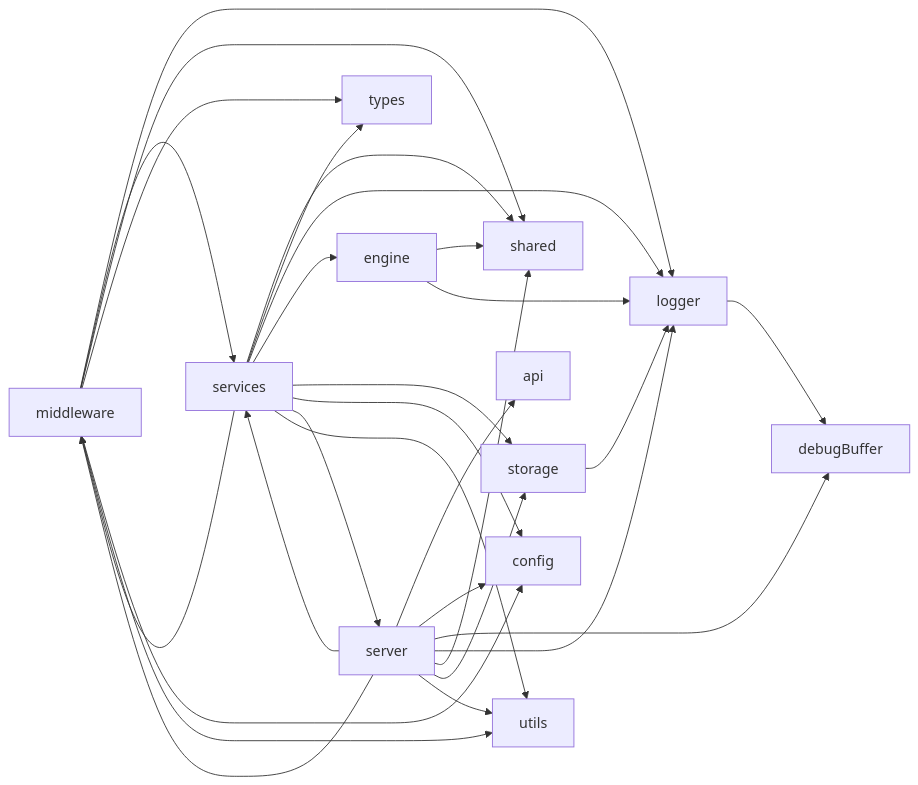
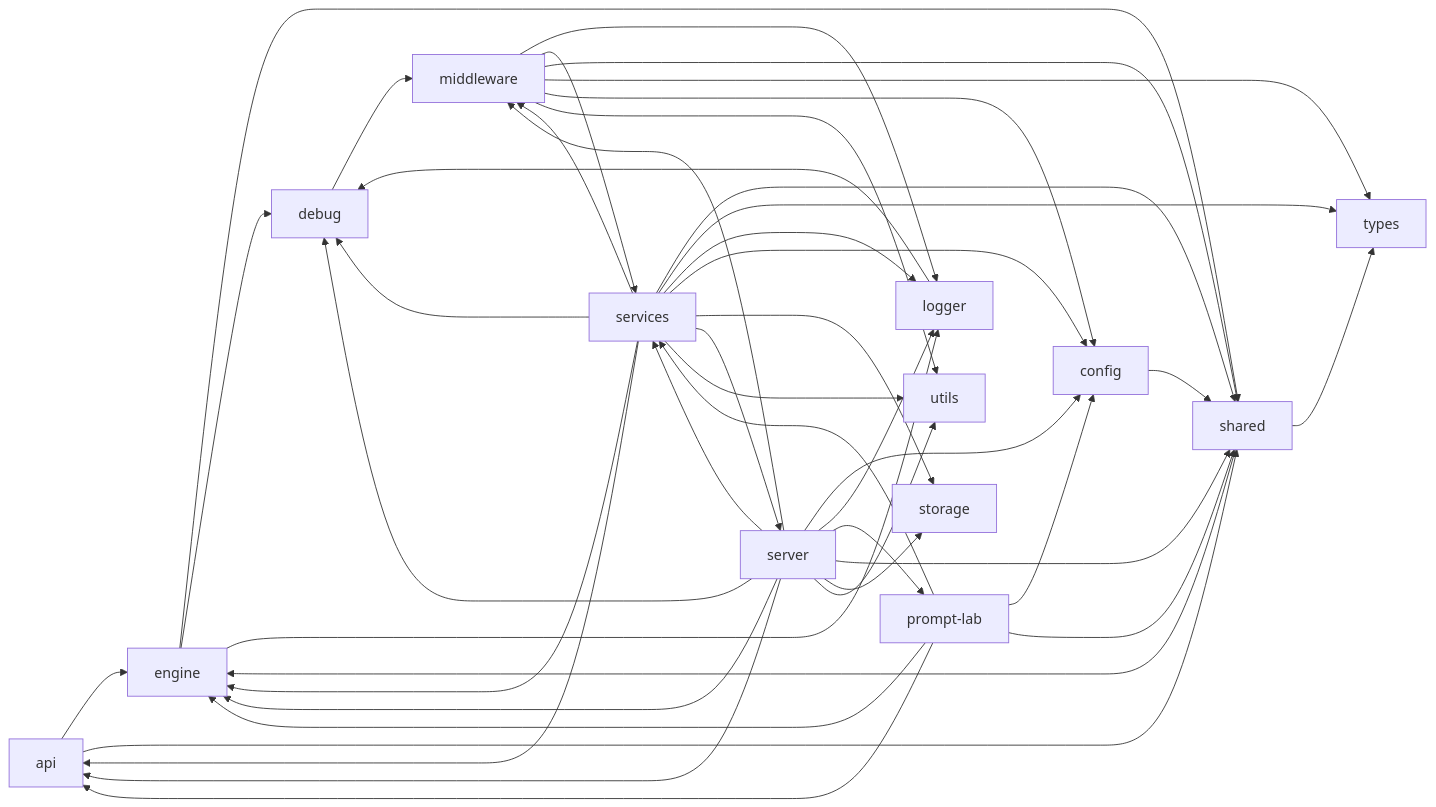
One commit to arcanewords-app/arcane-reader changed the second of 2 diagrams in docs/01-reference/dependency-graphs/client-deps.md. Above: the diagram before and after it, drawn with Mermaid. The commit also changed other lines of this file and 31 other files, not shown here.

````diff
--- a/docs/01-reference/dependency-graphs/client-deps.md
+++ b/docs/01-reference/dependency-graphs/client-deps.md
@@ -86,43 +101,59 @@
 ```mermaid
 flowchart LR
+  src_api["api"]
   src_engine["engine"]
+  src_api --> src_engine
   src_shared["shared"]
+  src_api --> src_shared
+  src_config["config"]
+  src_config --> src_shared
+  src_debug["debug"]
+  src_middleware["middleware"]
+  src_debug --> src_middleware
   src_engine --> src_shared
+  src_engine --> src_debug
   src_logger["logger"]
   src_engine --> src_logger
-  src_debugBuffer["debugBuffer"]
-  src_logger --> src_debugBuffer
-  src_middleware["middleware"]
+  src_logger --> src_debug
   src_middleware --> src_logger
   src_services["services"]
   src_middleware --> src_services
   src_middleware --> src_shared
   src_types["types"]
   src_middleware --> src_types
-  src_config["config"]
   src_middleware --> src_config
   src_utils["utils"]
   src_middleware --> src_utils
+  src_prompt_lab["prompt-lab"]
+  src_prompt_lab --> src_services
+  src_prompt_lab --> src_config
+  src_prompt_lab --> src_engine
+  src_prompt_lab --> src_shared
+  src_prompt_lab --> src_api
   src_server["server"]
-  src_api["api"]
   src_server --> src_api
   src_server --> src_config
-  src_server --> src_debugBuffer
+  src_server --> src_debug
+  src_server --> src_engine
   src_server --> src_logger
   src_server --> src_middleware
+  src_server --> src_prompt_lab
   src_server --> src_services
   src_server --> src_shared
   src_storage["storage"]
   src_server --> src_storage
   src_server --> src_utils
   src_services --> src_shared
   src_services --> src_types
   src_services --> src_logger
+  src_services --> src_config
   src_services --> src_engine
+  src_services --> src_middleware
   src_services --> src_storage
-  src_services --> src_config
-  src_services --> src_middleware
+  src_services --> src_api
+  src_services --> src_debug
   src_services --> src_server
   src_services --> src_utils
-  src_storage --> src_logger
+  src_shared --> src_engine
+  src_shared --> src_types
 ```
````
